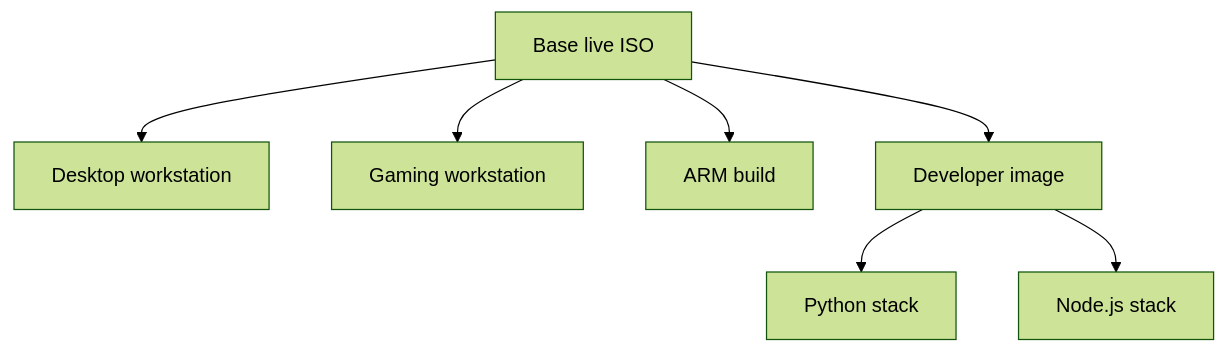
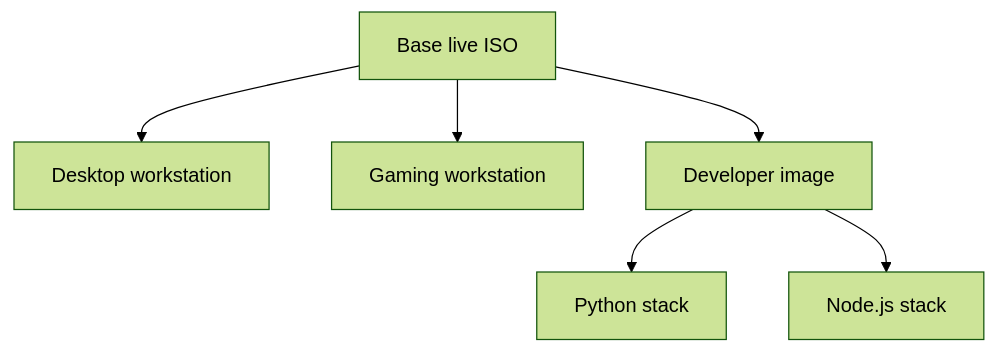
One commit to acoroslinux/arch-builder changed the diagram in docs/examples.md. Above: the diagram before and after it, drawn with Mermaid (forest theme). The commit also changed other lines of this file and 39 other files, not shown here.

Commit message:
Update README with valid architecture information and supported kernel usage (56 chars)

```diff
--- a/docs/examples.md
+++ b/docs/examples.md
@@ -7,9 +7,8 @@
 <pre class="mermaid">
 flowchart TD
     BASE[Base live ISO] --> XFCE[Desktop workstation]
     BASE --> GAMING[Gaming workstation]
-    BASE --> ARM[ARM build]
     BASE --> DEV[Developer image]
     DEV --> PY[Python stack]
     DEV --> NODE[Node.js stack]
 </pre>
```
